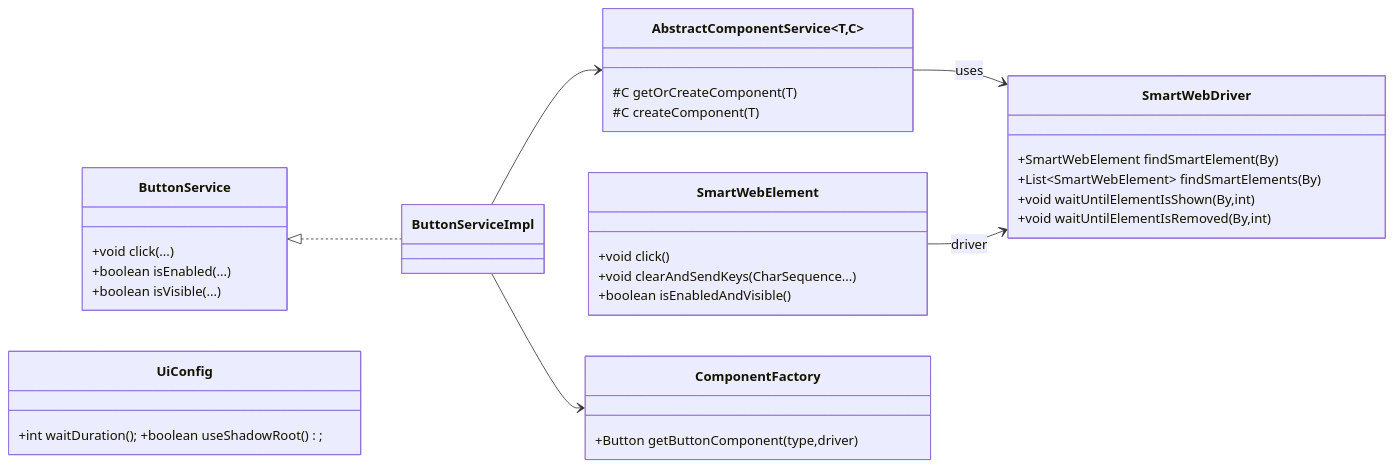
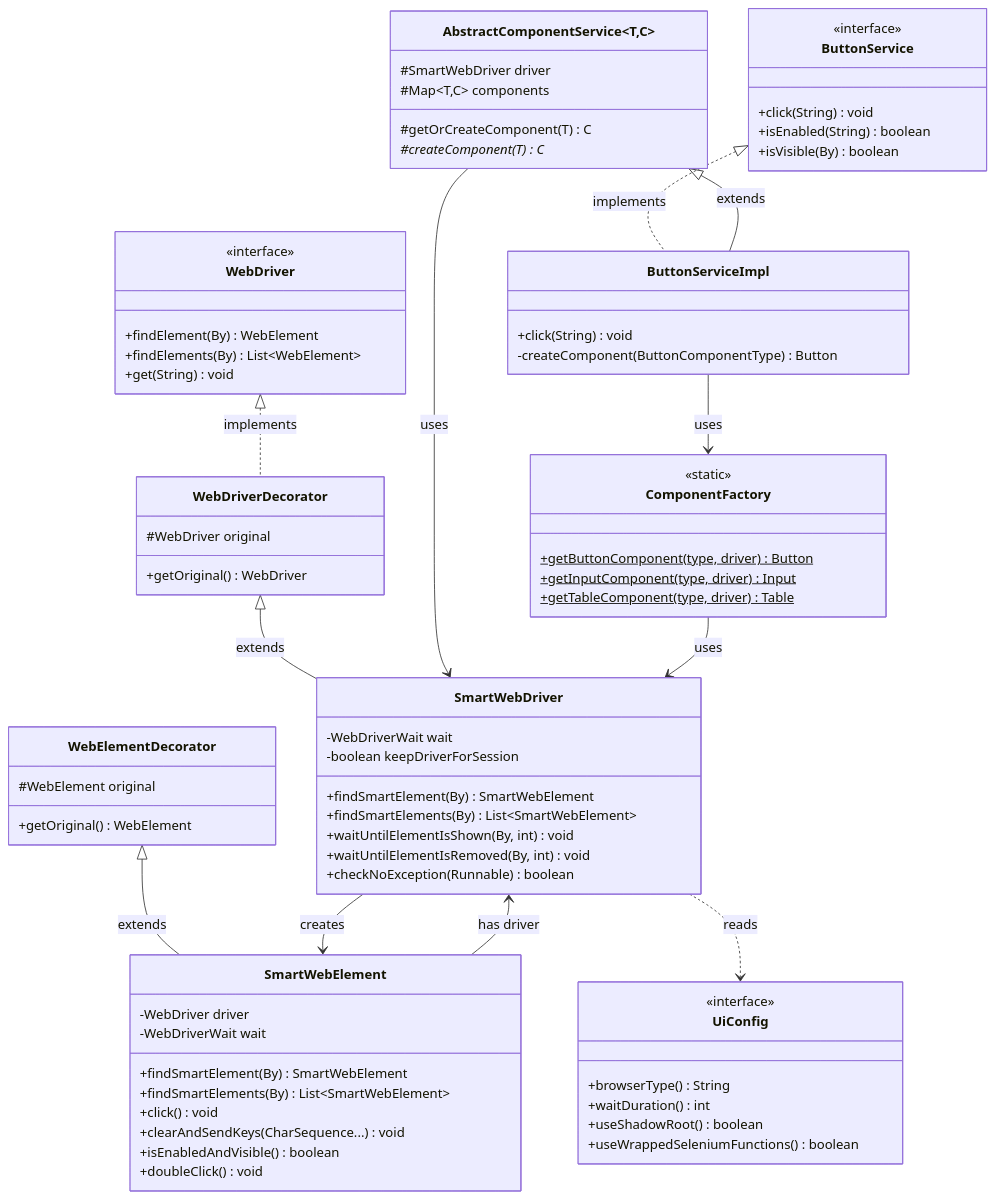
The first of 3 diagrams in ui-interactor/README.md (CyborgCodeSyndicate/roa-libraries), drawn with Mermaid before and after one commit. The commit also changed other lines of this file, not shown here.

````diff
--- a/ui-interactor/README.md
+++ b/ui-interactor/README.md
@@ -143,37 +172,89 @@
 ```mermaid
 classDiagram
-  direction LR
+    direction TB
 
-  class SmartWebDriver {
-    +SmartWebElement findSmartElement(By)
-    +List~SmartWebElement~ findSmartElements(By)
-    +void waitUntilElementIsShown(By,int)
-    +void waitUntilElementIsRemoved(By,int)
-  }
+    class WebDriver {
+        <<interface>>
+        +findElement(By) WebElement
+        +findElements(By) List~WebElement~
+        +get(String) void
+    }
 
-  class SmartWebElement {
-    +void click()
-    +void clearAndSendKeys(CharSequence...)
-    +boolean isEnabledAndVisible()
-  }
+    class WebDriverDecorator {
+        #WebDriver original
+        +getOriginal() WebDriver
+    }
 
-  class AbstractComponentService~T,C~ {
-    #C getOrCreateComponent(T)
-    #C createComponent(T)
-  }
+    class SmartWebDriver {
+        -WebDriverWait wait
+        -boolean keepDriverForSession
+        +findSmartElement(By) SmartWebElement
+        +findSmartElements(By) List~SmartWebElement~
+        +waitUntilElementIsShown(By, int) void
+        +waitUntilElementIsRemoved(By, int) void
+        +checkNoException(Runnable) boolean
+    }
 
-  class ButtonService {
-    +void click(...)
-    +boolean isEnabled(...)
-    +boolean isVisible(...)
-  }
-  class ButtonServiceImpl
-  class ComponentFactory { +Button getButtonComponent(type,driver) }
-  class UiConfig { +int waitDuration(); +boolean useShadowRoot(); }
+    class WebElementDecorator {
+        #WebElement original
+        +getOriginal() WebElement
+    }
 
-  ButtonService <|.. ButtonServiceImpl
-  ButtonServiceImpl --> AbstractComponentService
-  ButtonServiceImpl --> ComponentFactory
-  AbstractComponentService --> SmartWebDriver : uses
-  SmartWebElement --> SmartWebDriver : driver
+    class SmartWebElement {
+        -WebDriver driver
+        -WebDriverWait wait
+        +findSmartElement(By) SmartWebElement
+        +findSmartElements(By) List~SmartWebElement~
+        +click() void
+        +clearAndSendKeys(CharSequence...) void
+        +isEnabledAndVisible() boolean
+        +doubleClick() void
+    }
+
+    class AbstractComponentService~T,C~ {
+        #SmartWebDriver driver
+        #Map~T,C~ components
+        #getOrCreateComponent(T) C
+        #createComponent(T)* C
+    }
+
+    class ButtonService {
+        <<interface>>
+        +click(String) void
+        +isEnabled(String) boolean
+        +isVisible(By) boolean
+    }
+
+    class ButtonServiceImpl {
+        +click(String) void
+        -createComponent(ButtonComponentType) Button
+    }
+
+    class ComponentFactory {
+        <<static>>
+        +getButtonComponent(type, driver)$ Button
+        +getInputComponent(type, driver)$ Input
+        +getTableComponent(type, driver)$ Table
+    }
+
+    class UiConfig {
+        <<interface>>
+        +browserType() String
+        +waitDuration() int
+        +useShadowRoot() boolean
+        +useWrappedSeleniumFunctions() boolean
+    }
+
+    WebDriver <|.. WebDriverDecorator : implements
+    WebDriverDecorator <|-- SmartWebDriver : extends
+    WebElementDecorator <|-- SmartWebElement : extends
+    SmartWebDriver --> SmartWebElement : creates
+    SmartWebElement --> SmartWebDriver : has driver
+    
+    ButtonService <|.. ButtonServiceImpl : implements
+    AbstractComponentService <|-- ButtonServiceImpl : extends
+    AbstractComponentService --> SmartWebDriver : uses
+    ButtonServiceImpl --> ComponentFactory : uses
+    ComponentFactory --> SmartWebDriver : uses
+    SmartWebDriver ..> UiConfig : reads
 ```
````
